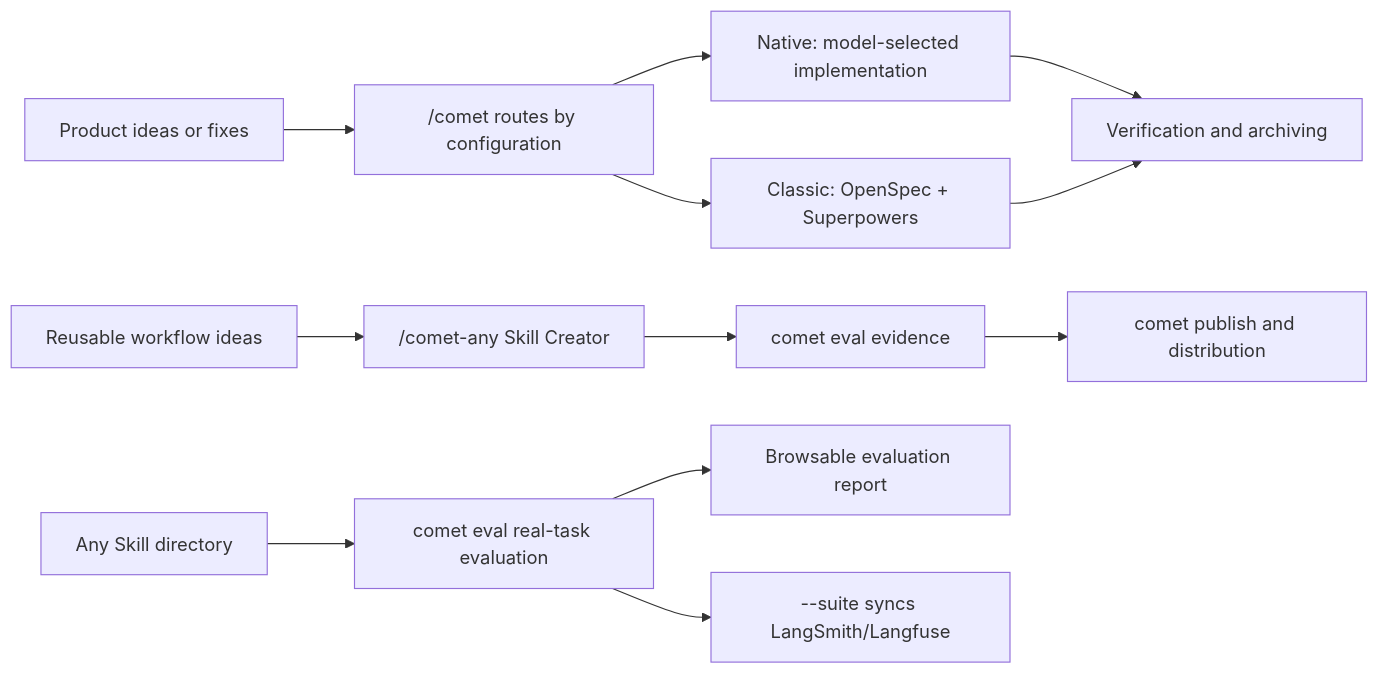
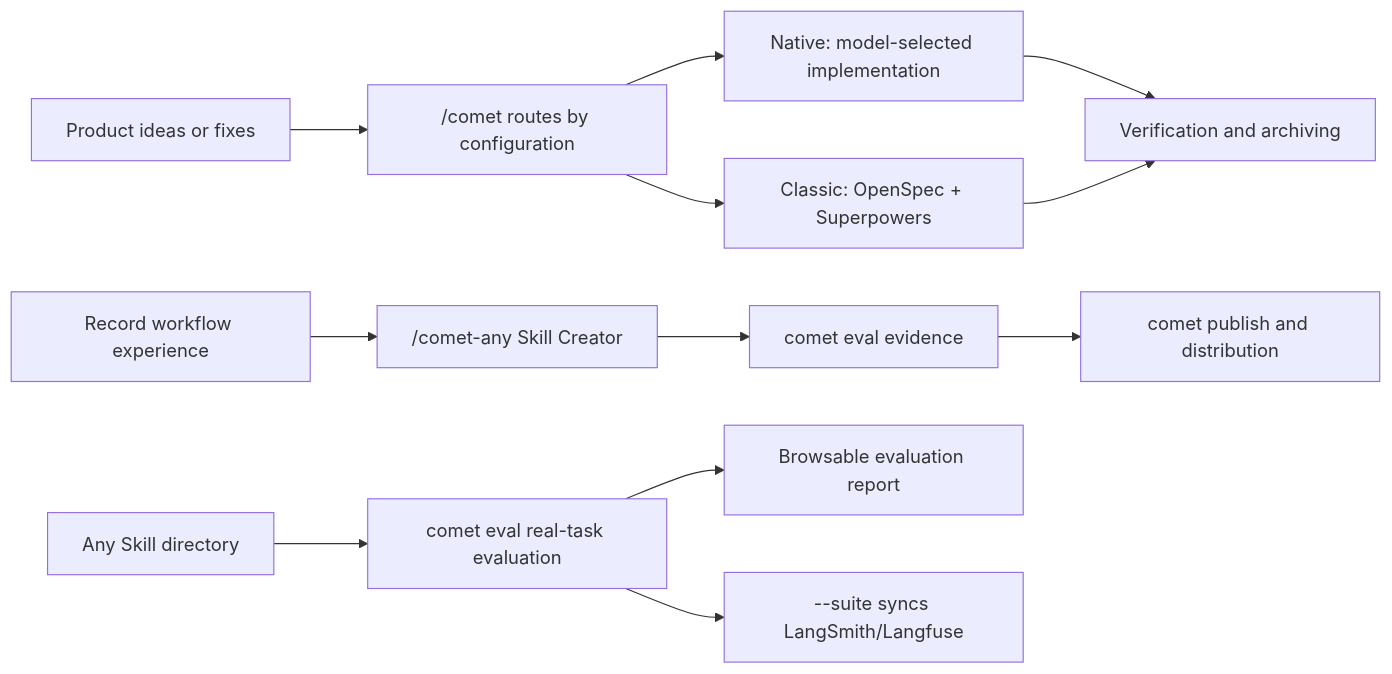
One commit to rpamis/comet-website-docs changed the diagram in en/introduction.mdx. Above: the diagram before and after it, drawn with Mermaid. The commit also changed other lines of this file and 103 other files, not shown here.

````diff
--- a/en/introduction.mdx
+++ b/en/introduction.mdx
@@ -32,14 +32,14 @@
 ```mermaid
 flowchart LR
   A["Product ideas or fixes"] --> B["/comet routes by configuration"]
   B --> N["Native: model-selected implementation"]
   B --> C["Classic: OpenSpec + Superpowers"]
   N --> E["Verification and archiving"]
   C --> E
-  F["Reusable workflow ideas"] --> G["/comet-any Skill Creator"]
+  F["Record workflow experience"] --> G["/comet-any Skill Creator"]
   G --> H["comet eval evidence"]
   H --> I["comet publish and distribution"]
   J["Any Skill directory"] --> K["comet eval real-task evaluation"]
   K --> L["Browsable evaluation report"]
   K --> M["--suite syncs LangSmith/Langfuse"]
 ```
````
